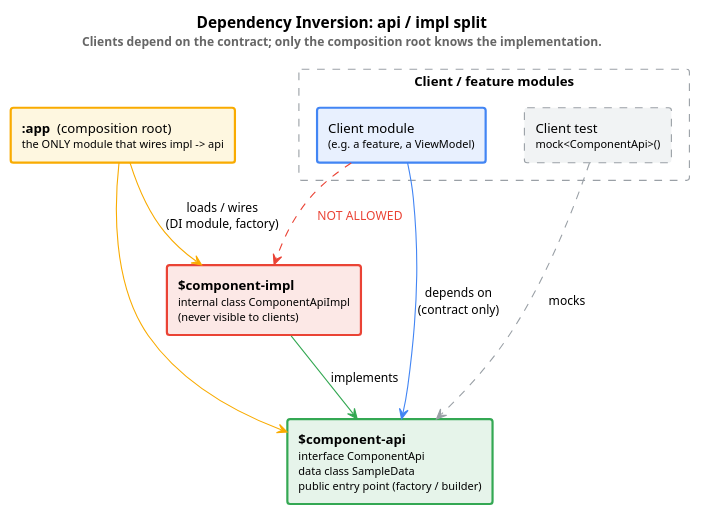
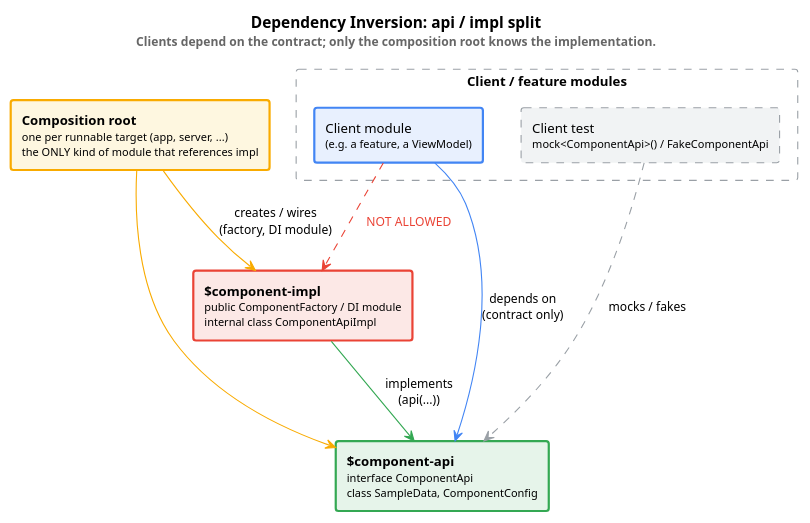
One commit to macsystems/solid-skill-collection changed the diagram in skills/dependency-inversion-principle/architecture.puml. Above: the diagram before and after it, drawn with PlantUML. The commit also changed 5 other files, not shown here.

First line of the commit message:
Fix runtime sequence and wiring guidance in DIP skill (#3)

```diff
--- a/skills/dependency-inversion-principle/architecture.puml
+++ b/skills/dependency-inversion-principle/architecture.puml
@@ -1,35 +1,35 @@
 @startuml architecture
 ' Renders to architecture.png:
 '   plantuml -tpng architecture.puml
 title <b>Dependency Inversion: api / impl split</b>\n<size:11><color:#666666>Clients depend on the contract; only the composition root knows the implementation.</color></size>
 
 skinparam backgroundColor white
 skinparam defaultFontName Helvetica
 skinparam shadowing false
 skinparam ArrowFontSize 11
 skinparam rectangle {
   BorderThickness 2
   FontSize 12
 }
 
 rectangle "Client / feature modules" as clients #line.dashed;line:9aa0a6 {
   rectangle "Client module\n<size:10>(e.g. a feature, a ViewModel)</size>" as client #e8f0fe;line:4285f4
-  rectangle "Client test\n<size:10>mock<ComponentApi>()</size>" as test #f1f3f4;line.dashed;line:9aa0a6
+  rectangle "Client test\n<size:10>mock<ComponentApi>() / FakeComponentApi</size>" as test #f1f3f4;line.dashed;line:9aa0a6
 }
 
-rectangle "<b>$component-api</b>\n<size:10>interface ComponentApi</size>\n<size:10>data class SampleData</size>\n<size:10>public entry point (factory / builder)</size>" as api #e6f4ea;line:34a853
+rectangle "<b>$component-api</b>\n<size:10>interface ComponentApi</size>\n<size:10>class SampleData, ComponentConfig</size>" as api #e6f4ea;line:34a853
 
-rectangle "<b>$component-impl</b>\n<size:10>internal class ComponentApiImpl</size>\n<size:10>(never visible to clients)</size>" as impl #fce8e6;line:ea4335
+rectangle "<b>$component-impl</b>\n<size:10>public ComponentFactory / DI module</size>\n<size:10>internal class ComponentApiImpl</size>" as impl #fce8e6;line:ea4335
 
-rectangle "<b>:app</b>  (composition root)\n<size:10>the ONLY module that wires impl -> api</size>" as app #fef7e0;line:f9ab00
+rectangle "<b>Composition root</b>\n<size:10>one per runnable target (app, server, ...)</size>\n<size:10>the ONLY kind of module that references impl</size>" as app #fef7e0;line:f9ab00
 
 client -[#4285f4]-> api : depends on\n(contract only)
-test  -[#9aa0a6,dashed]-> api : mocks
-impl  -[#34a853]-> api : implements
+test  -[#9aa0a6,dashed]-> api : mocks / fakes
+impl  -[#34a853]-> api : implements\n(api(...))
 
 app -[#f9ab00]-> api
-app -[#f9ab00]-> impl : loads / wires\n(DI module, factory)
+app -[#f9ab00]-> impl : creates / wires\n(factory, DI module)
 
 client -[#ea4335,dashed]-> impl : <color:#ea4335>  NOT ALLOWED  </color>
 
 @enduml
```
